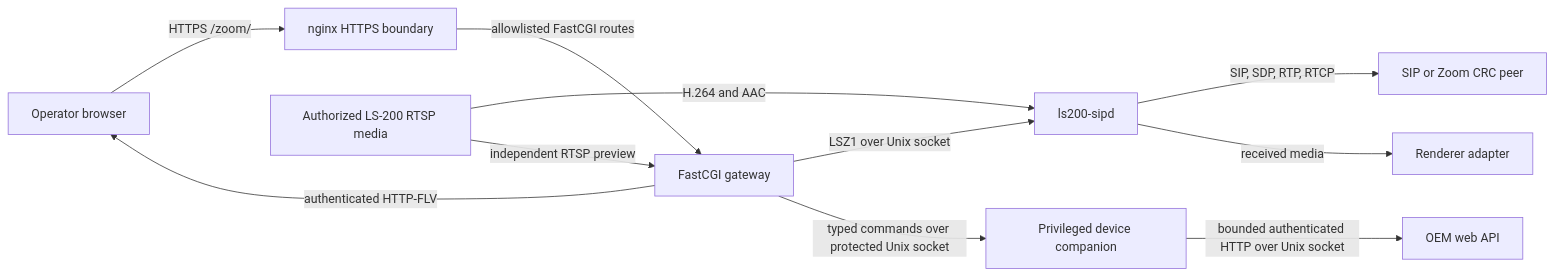
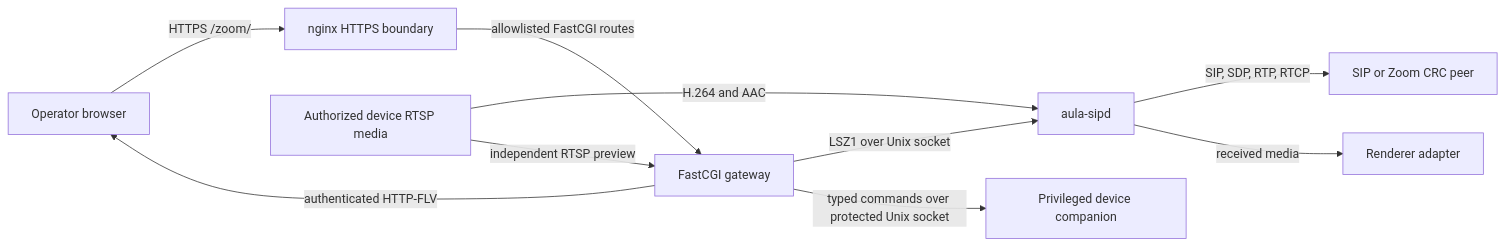
The first of 2 diagrams in docs/ARCHITECTURE.md (sebastianspicker/aula-ti8168-sip-endpoint), drawn with Mermaid before and after one commit. The commit also changed other lines of this file and 377 other files, not shown here.

````diff
--- a/docs/ARCHITECTURE.md
+++ b/docs/ARCHITECTURE.md
@@ -19,21 +26,20 @@
 ```mermaid
 flowchart LR
     Operator[Operator browser]
     Nginx[nginx HTTPS boundary]
     Gateway[FastCGI gateway]
-    Sipd[ls200-sipd]
+    Sipd[aula-sipd]
     Peer[SIP or Zoom CRC peer]
-    DeviceMedia[Authorized LS-200 RTSP media]
+    DeviceMedia[Authorized device RTSP media]
     Renderer[Renderer adapter]
 
     Operator -->|HTTPS /zoom/| Nginx
     Nginx -->|allowlisted FastCGI routes| Gateway
     Gateway -->|LSZ1 over Unix socket| Sipd
     Gateway -->|typed commands over protected Unix socket| Companion[Privileged device companion]
-    Companion -->|bounded authenticated HTTP over Unix socket| OEM[OEM web API]
     Sipd -->|SIP, SDP, RTP, RTCP| Peer
     DeviceMedia -->|H.264 and AAC| Sipd
     Sipd -->|received media| Renderer
     DeviceMedia -->|independent RTSP preview| Gateway
     Gateway -->|authenticated HTTP-FLV| Operator
 ```
````
